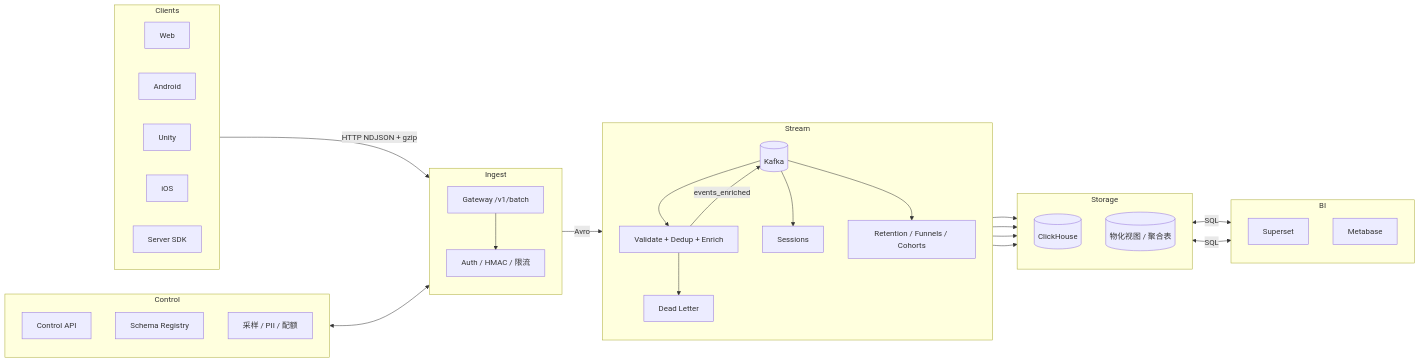
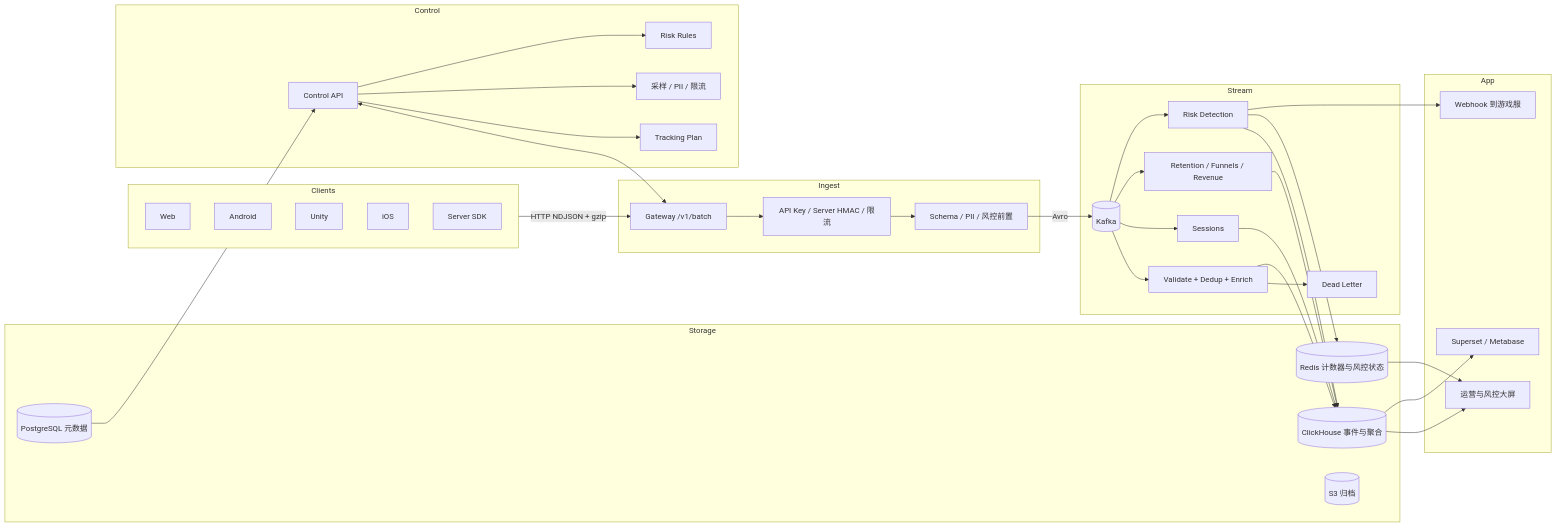
The diagram in docs/reference/architecture.zh.md (cuihairu/oddsmaker), drawn with Mermaid before and after one commit. The commit also changed other lines of this file and 1768 other files, not shown here.

Commit message:
Rename project to Oddsmaker and simplify architecture

````diff
--- a/docs/reference/architecture.zh.md
+++ b/docs/reference/architecture.zh.md
@@ -5,63 +7,69 @@
 ```mermaid
 flowchart LR
-  %% GitHub Mermaid 兼容写法：subgraph 不使用方括号标题
-
   subgraph Clients
-    direction LR
     W[Web]
     A[Android]
     U[Unity]
     I[iOS]
     S[Server SDK]
   end
 
   subgraph Ingest
-    direction TB
     GW[Gateway /v1/batch]
-    AUTH[Auth / HMAC / 限流]
+    AUTH[API Key / Server HMAC / 限流]
+    PRE[Schema / PII / 风控前置]
   end
 
   subgraph Stream
-    direction TB
     K[(Kafka)]
     V[Validate + Dedup + Enrich]
     SS[Sessions]
-    AGG[Retention / Funnels / Cohorts]
+    AGG[Retention / Funnels / Revenue]
+    RISK[Risk Detection]
     DLQ[Dead Letter]
   end
 
   subgraph Storage
-    direction TB
-    CH[(ClickHouse)]
-    MV[(物化视图 / 聚合表)]
+    PG[(PostgreSQL 元数据)]
+    CH[(ClickHouse 事件与聚合)]
+    REDIS[(Redis 计数器与风控状态)]
+    S3[(S3 归档)]
   end
 
   subgraph Control
-    direction TB
     API[Control API]
-    SR[Schema Registry]
-    CFG[采样 / PII / 配额]
+    TP[Tracking Plan]
+    CFG[采样 / PII / 限流]
+    RP[Risk Rules]
   end
 
-  subgraph BI
-    direction TB
-    SP[Superset]
-    MB[Metabase]
+  subgraph App
+    DASH[运营与风控大屏]
+    BI[Superset / Metabase]
+    WEBHOOK[Webhook 到游戏服]
   end
 
   Clients -->|HTTP NDJSON + gzip| GW
   GW --> AUTH
-  AUTH -->|Avro| K
+  AUTH --> PRE
+  PRE -->|Avro| K
   K --> V
-  V -->|events_enriched| K
   V --> DLQ
   V --> CH
   K --> SS
+  K --> AGG
+  K --> RISK
   SS --> CH
-  SS --> MV
-  K --> AGG
   AGG --> CH
-  CH <-->|SQL| SP
-  CH <-->|SQL| MB
+  RISK --> CH
+  RISK --> REDIS
+  RISK --> WEBHOOK
   API <--> GW
+  API --> TP
+  API --> CFG
+  API --> RP
+  PG --> API
+  CH --> DASH
+  CH --> BI
+  REDIS --> DASH
 ```
````
